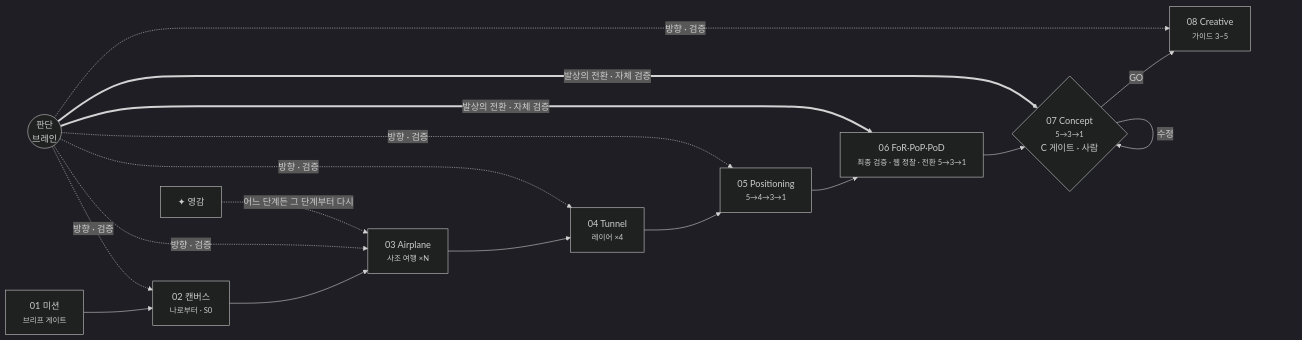
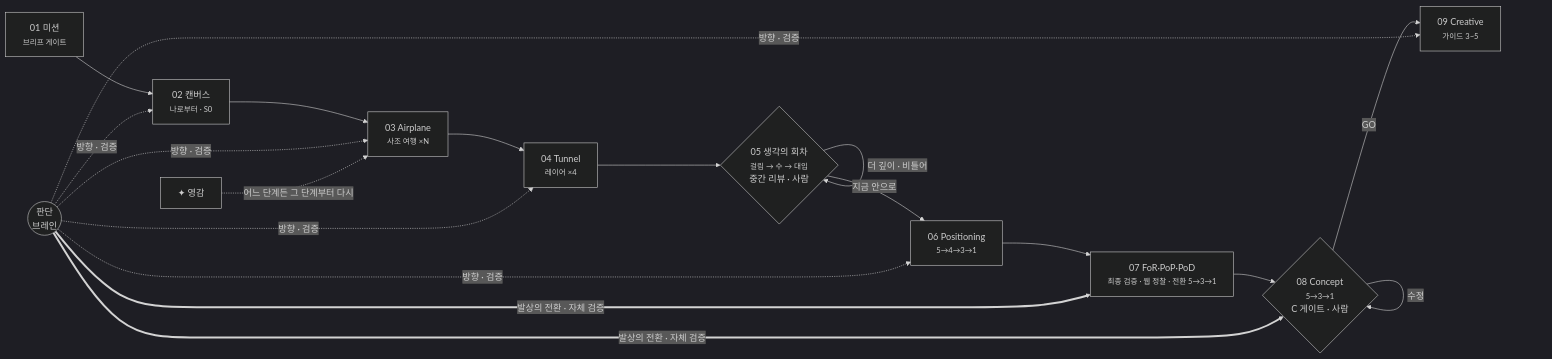
One commit to FROM-i/FREATIVE changed the second of 5 diagrams in README.md. Above: the diagram before and after it, drawn with Mermaid (dark theme). The commit also changed other lines of this file and 23 other files, not shown here.

````diff
--- a/README.md
+++ b/README.md
@@ -57,14 +57,16 @@
 ```mermaid
 flowchart LR
   A["01 미션<br/><small>브리프 게이트</small>"] --> B["02 캔버스<br/><small>나로부터 · S0</small>"]
   B --> C["03 Airplane<br/><small>사조 여행 ×N</small>"]
   C --> D["04 Tunnel<br/><small>레이어 ×4</small>"]
-  D --> E["05 Positioning<br/><small>5→4→3→1</small>"]
-  E --> F["06 FoR·PoP·PoD<br/><small>최종 검증 · 웹 정찰 · 전환 5→3→1</small>"]
-  F --> G{"07 Concept<br/><small>5→3→1</small><br/>C 게이트 · 사람"}
-  G -- GO --> H["08 Creative<br/><small>가이드 3~5</small>"]
+  D --> T{"05 생각의 회차<br/><small>걸림 → 수 → 대입</small><br/>중간 리뷰 · 사람"}
+  T -- 더 깊이 · 비틀어 --> T
+  T -- 지금 안으로 --> E["06 Positioning<br/><small>5→4→3→1</small>"]
+  E --> F["07 FoR·PoP·PoD<br/><small>최종 검증 · 웹 정찰 · 전환 5→3→1</small>"]
+  F --> G{"08 Concept<br/><small>5→3→1</small><br/>C 게이트 · 사람"}
+  G -- GO --> H["09 Creative<br/><small>가이드 3~5</small>"]
   G -- 수정 --> G
   BR(("판단<br/>브레인")) -. 방향 · 검증 .-> B & C & D & E & H
   BR == 발상의 전환 · 자체 검증 ==> F & G
   I["✦ 영감"] -. 어느 단계든 그 단계부터 다시 .-> C
 ```
````
